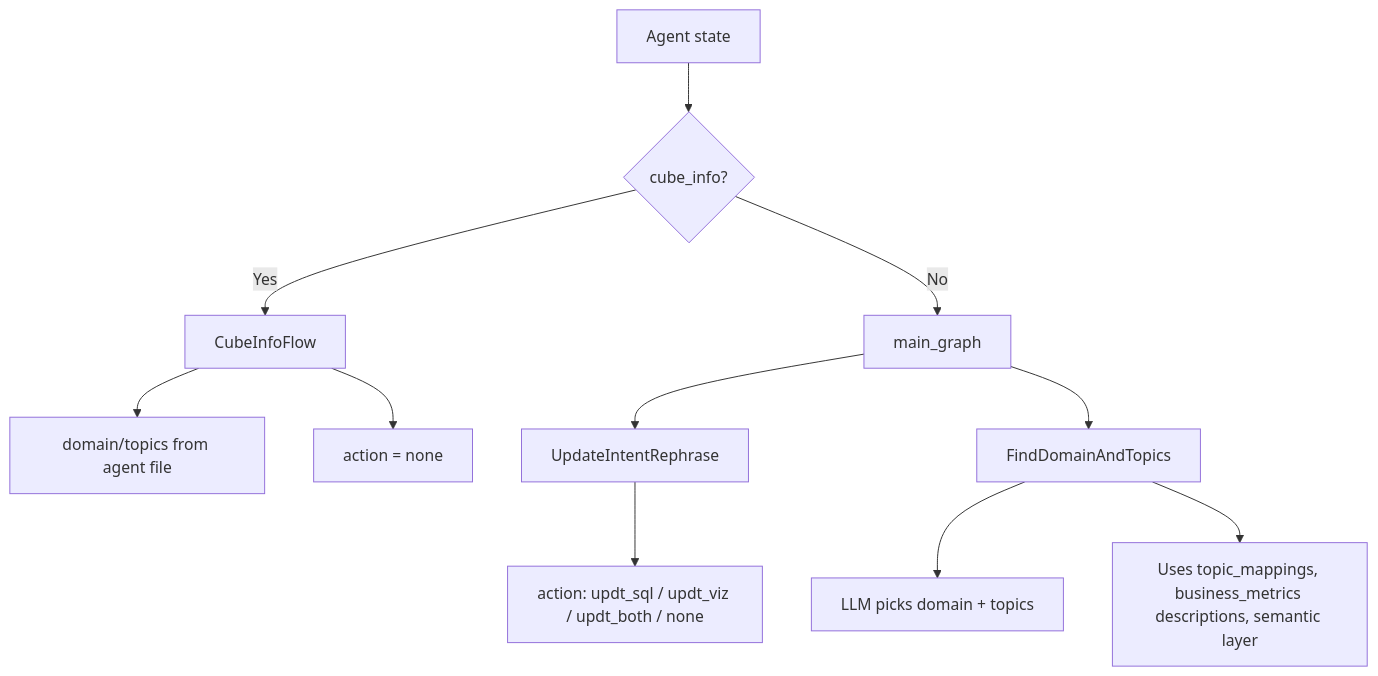
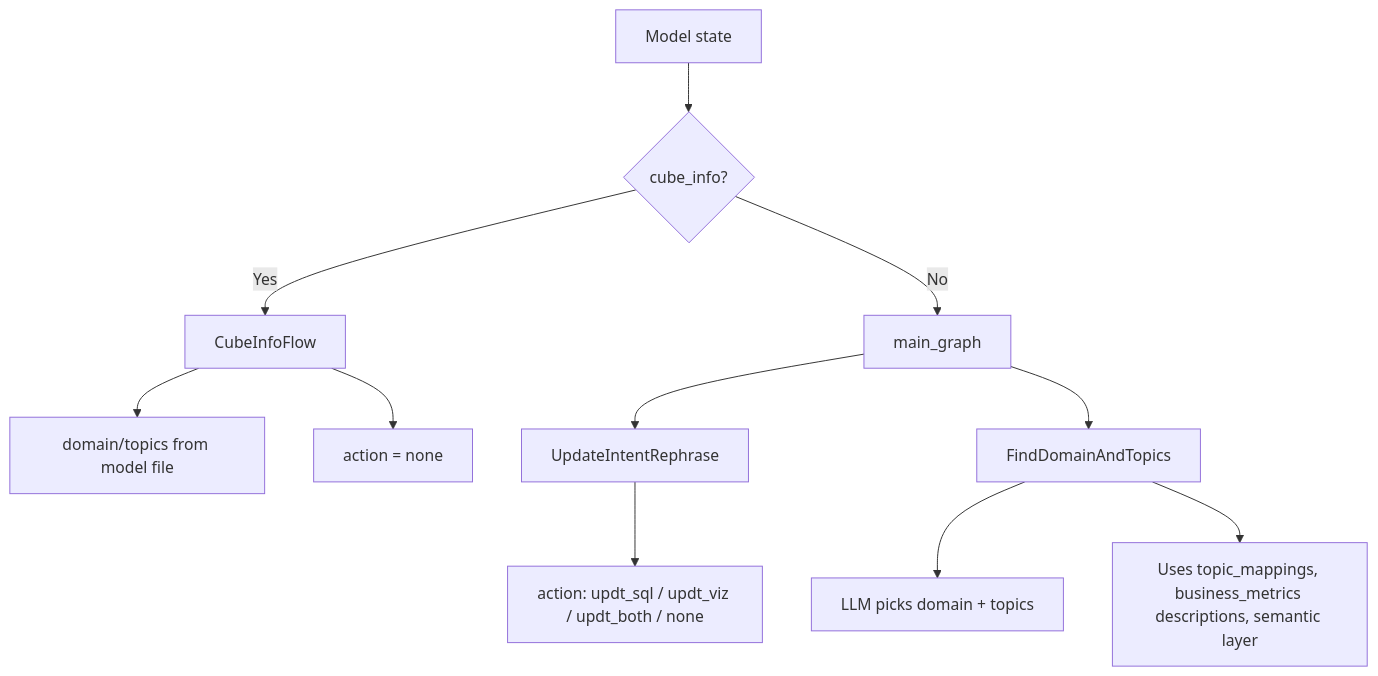
Before and after one commit to helicalinsight/helicalinsight: the third of 3 diagrams in ib/helicalbi/docs/INTERACTIVE_FLOW.md, drawn with Mermaid. The commit also changed other lines of this file and 491 other files, not shown here.

````diff
--- a/ib/helicalbi/docs/INTERACTIVE_FLOW.md
+++ b/ib/helicalbi/docs/INTERACTIVE_FLOW.md
@@ -181,14 +181,14 @@
 ```mermaid
 flowchart TD
-    A[Agent state] --> B{cube_info?}
+    A[Model state] --> B{cube_info?}
     B -->|Yes| C[CubeInfoFlow]
-    C --> C1[domain/topics from agent file]
+    C --> C1[domain/topics from model file]
     C --> C2[action = none]
 
     B -->|No| D[main_graph]
     D --> D1[UpdateIntentRephrase]
     D1 --> D2[action: updt_sql / updt_viz / updt_both / none]
     D --> D3[FindDomainAndTopics]
     D3 --> D4[LLM picks domain + topics]
     D3 --> D5[Uses topic_mappings, business_metrics descriptions, semantic layer]
 ```
````
